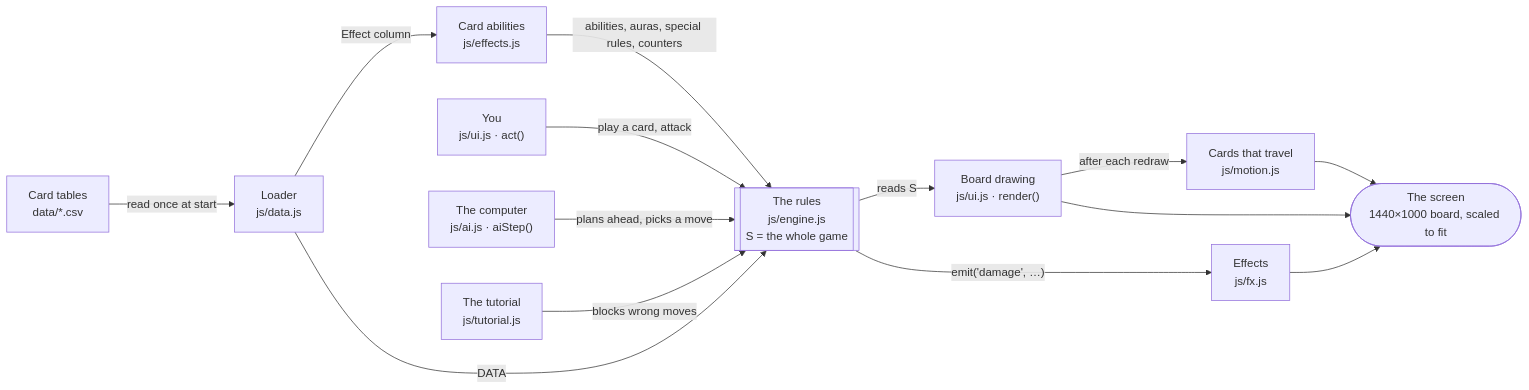
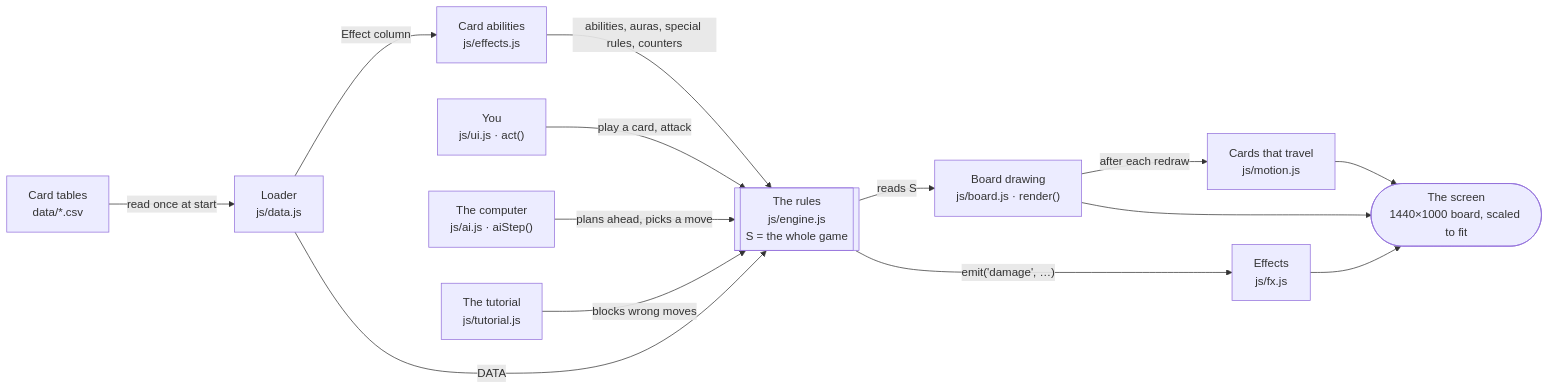
Before and after one commit to dmolloy98-stack-stack/Shardfall_TCG: the first of 4 diagrams in docs/code-map.md, drawn with Mermaid. The commit also changed other lines of this file and 9 other files, not shown here.

````diff
--- a/docs/code-map.md
+++ b/docs/code-map.md
@@ -15,20 +15,20 @@
 ```mermaid
 flowchart LR
   csv["Card tables<br/>data/*.csv"] -->|read once at start| data["Loader<br/>js/data.js"]
   data -->|Effect column| fx_text["Card abilities<br/>js/effects.js"]
   data -->|DATA| engine
   fx_text -->|abilities, auras, special rules, counters| engine
 
   you["You<br/>js/ui.js · act()"] -->|play a card, attack| engine
   ai["The computer<br/>js/ai.js · aiStep()"] -->|plans ahead, picks a move| engine
   tut["The tutorial<br/>js/tutorial.js"] -->|blocks wrong moves| engine
 
   engine[["The rules<br/>js/engine.js<br/>S = the whole game"]]
 
-  engine -->|reads S| render["Board drawing<br/>js/ui.js · render()"]
+  engine -->|reads S| render["Board drawing<br/>js/board.js · render()"]
   engine -->|"emit('damage', …)"| fx["Effects<br/>js/fx.js"]
   render -->|after each redraw| motion["Cards that travel<br/>js/motion.js"]
   render --> screen(["The screen<br/>1440×1000 board, scaled to fit"])
   fx --> screen
   motion --> screen
 ```
````
